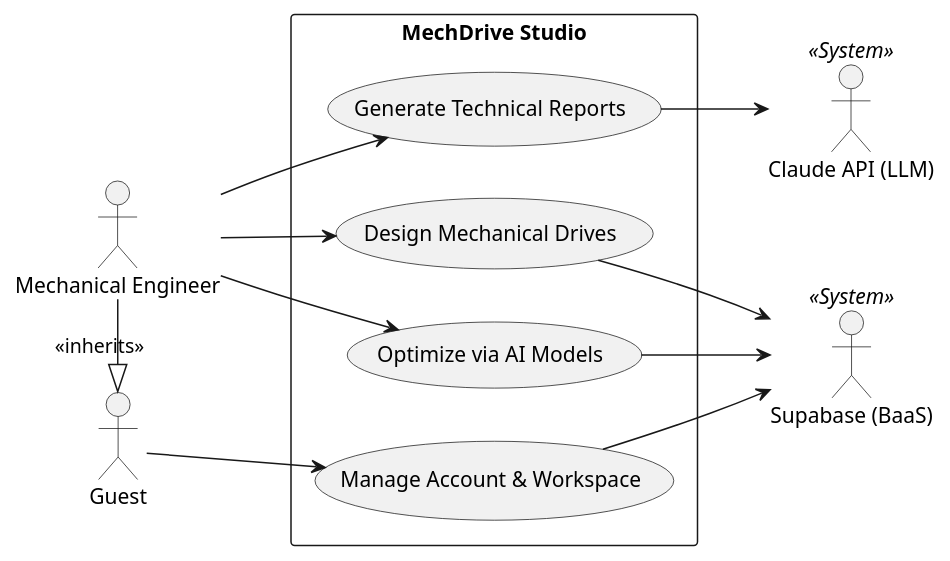
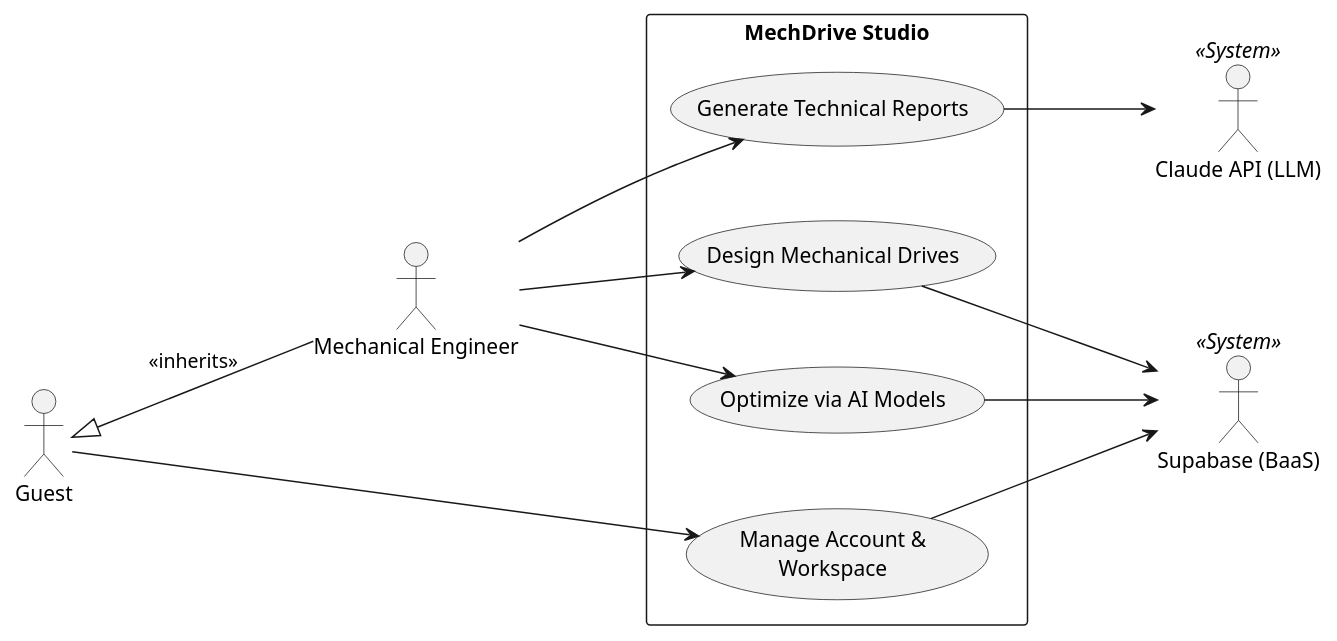
One commit to dvydinh/mechdrive changed the diagram in docs/uml/uc_high_level.puml. Above: the diagram before and after it, drawn with PlantUML. The commit also changed 7 other files, not shown here.

```diff
--- a/docs/uml/uc_high_level.puml
+++ b/docs/uml/uc_high_level.puml
@@ -1,28 +1,32 @@
 @startuml
 left to right direction
 skinparam packageStyle rectangle
+skinparam nodesep 50
+skinparam ranksep 100
+skinparam wrapWidth 200
 
 actor "Guest" as guest
 actor "Mechanical Engineer" as eng
+actor "Supabase (BaaS)" as supa << System >>
+actor "Claude API (LLM)" as claude << System >>
 
 package "MechDrive Studio" {
   usecase "Manage Account & Workspace" as UC1
   usecase "Design Mechanical Drives" as UC2
   usecase "Optimize via AI Models" as UC3
   usecase "Generate Technical Reports" as UC4
 }
 
-actor "Supabase (BaaS)" as supa << System >>
-actor "Claude API (LLM)" as claude << System >>
+eng -up-|> guest : <<inherits>>
 
-eng -|> guest : <<inherits>>
 guest --> UC1
 eng --> UC2
 eng --> UC3
 eng --> UC4
 
 UC1 --> supa
 UC2 --> supa
 UC3 --> supa
 UC4 --> claude
+
 @enduml
```
